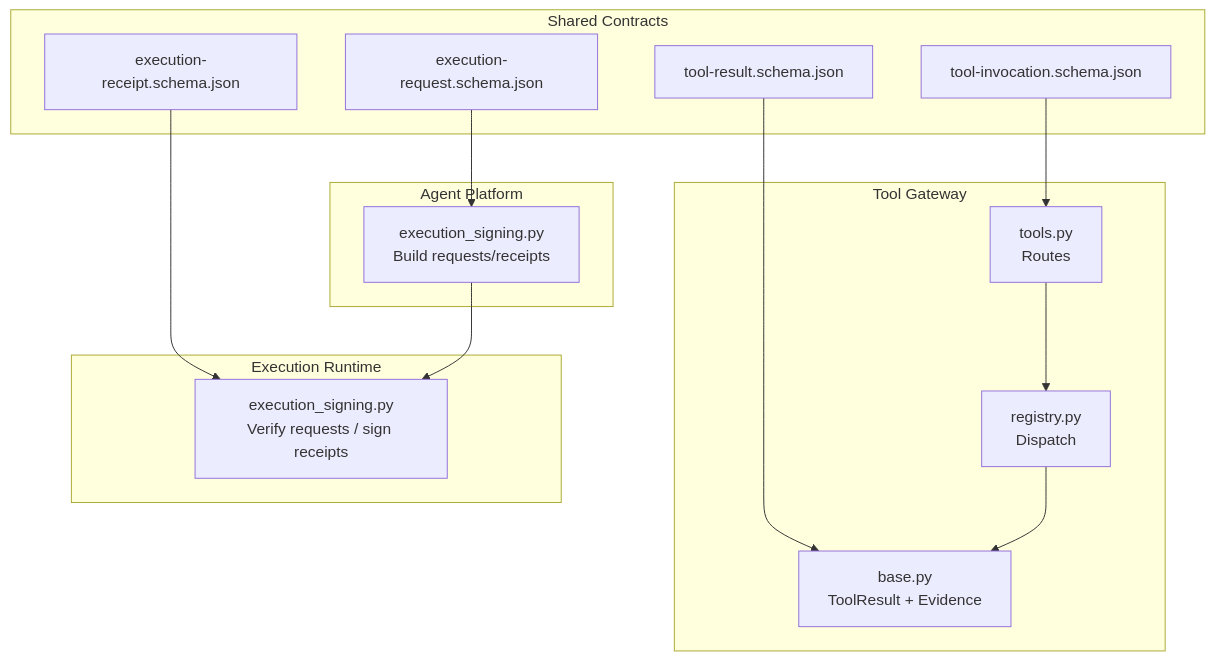
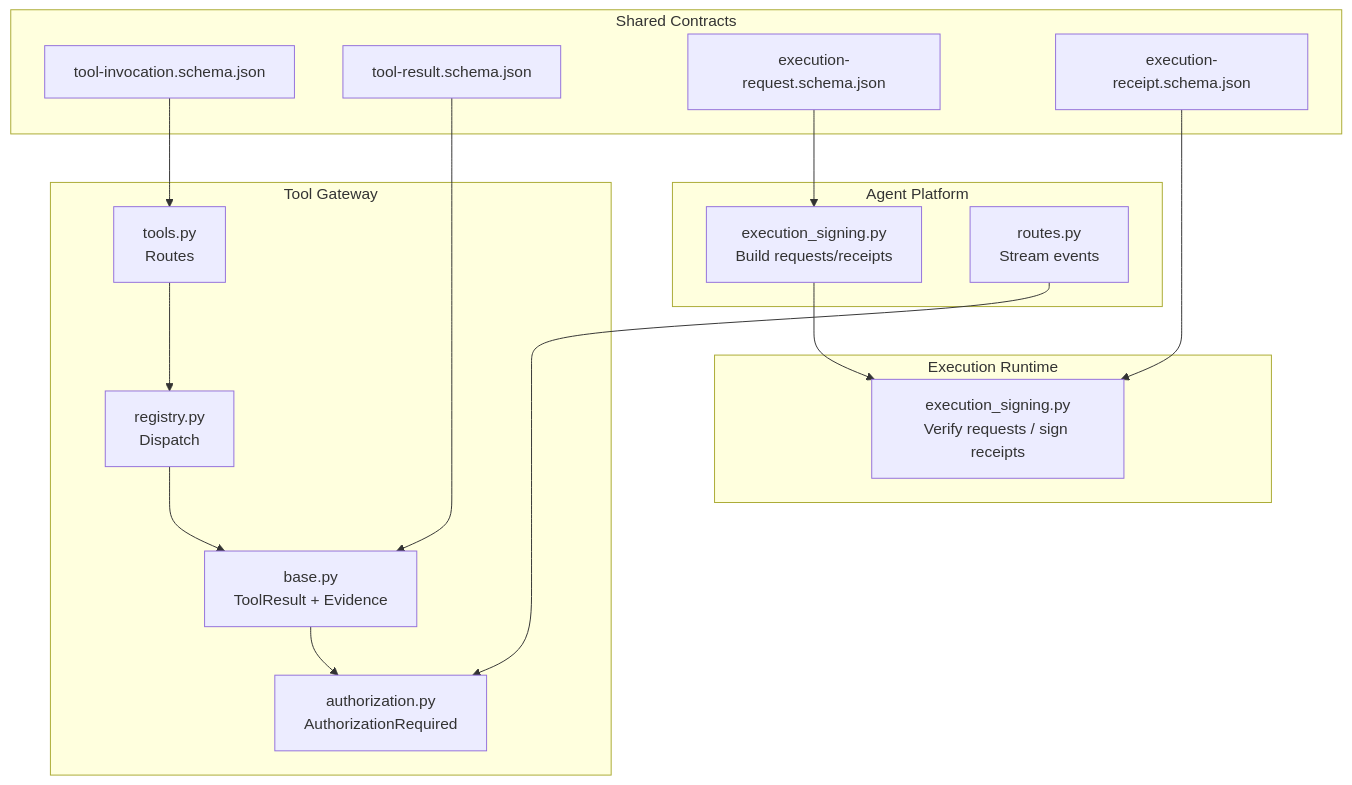
The first of 6 diagrams in .qoder/repowiki/en/content/Shared Contracts/API Schemas/Tool Execution Schemas.md (metasync/luban-aiops), drawn with Mermaid before and after one commit. The commit also changed other lines of this file and 215 other files, not shown here.

````diff
--- a/.qoder/repowiki/en/content/Shared Contracts/API Schemas/Tool Execution Schemas.md
+++ b/.qoder/repowiki/en/content/Shared Contracts/API Schemas/Tool Execution Schemas.md
@@ -43,27 +54,31 @@
 ```mermaid
 graph TB
 subgraph "Shared Contracts"
 A["tool-invocation.schema.json"]
 B["tool-result.schema.json"]
 C["execution-request.schema.json"]
 D["execution-receipt.schema.json"]
 end
 subgraph "Tool Gateway"
 E["tools.py<br/>Routes"]
 F["registry.py<br/>Dispatch"]
 G["base.py<br/>ToolResult + Evidence"]
+H["authorization.py<br/>AuthorizationRequired"]
 end
 subgraph "Agent Platform"
-H["execution_signing.py<br/>Build requests/receipts"]
+I["execution_signing.py<br/>Build requests/receipts"]
+J["routes.py<br/>Stream events"]
 end
 subgraph "Execution Runtime"
-I["execution_signing.py<br/>Verify requests / sign receipts"]
+K["execution_signing.py<br/>Verify requests / sign receipts"]
 end
 A --> E
 B --> G
-C --> H
-D --> I
+C --> I
+D --> K
 E --> F
 F --> G
-H --> I
+G --> H
+I --> K
+J --> H
 ```
````
